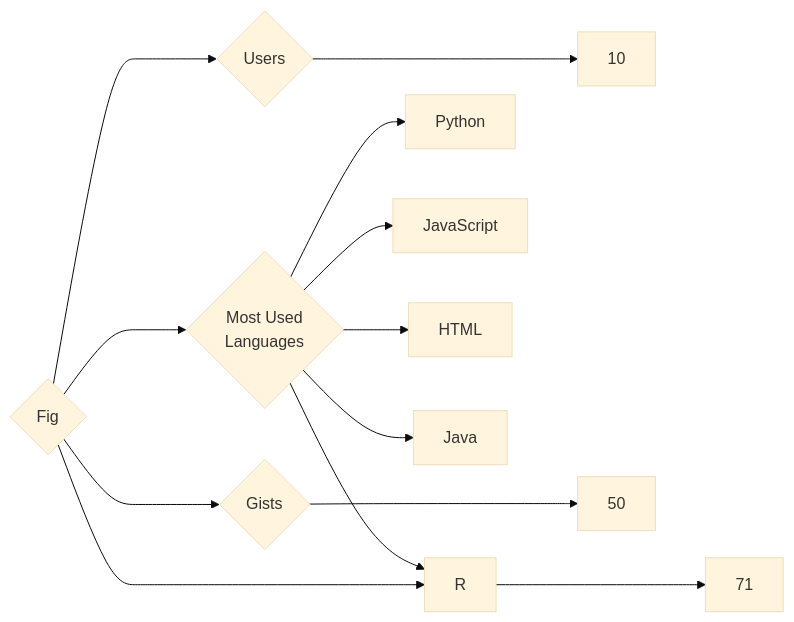
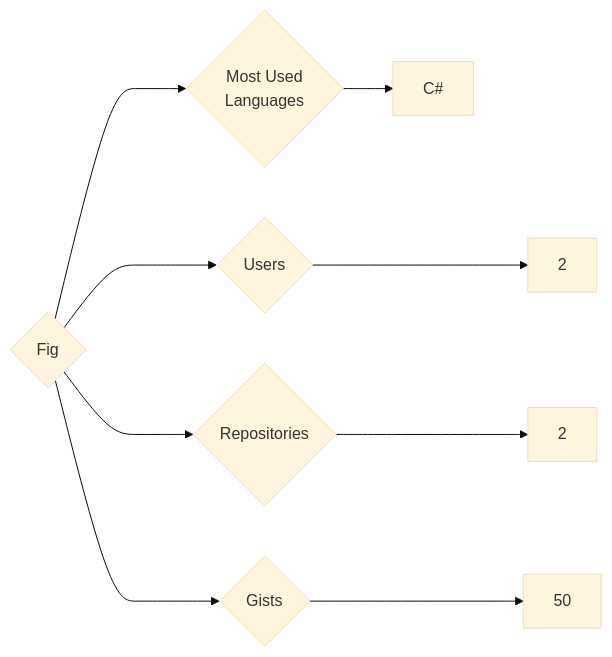
One commit to trickest/insiders changed the diagram in targets/Fig/README.md. Above: the diagram before and after it, drawn with Mermaid (base theme). The commit also changed 899 other files, not shown here.

````diff
--- a/targets/Fig/README.md
+++ b/targets/Fig/README.md
@@ -3,13 +3,9 @@
 ```mermaid
 graph LR
 COMPANY_NAME{Fig}
-COMPANY_NAME ---> U{Users} ---> UN[10]
-COMPANY_NAME ---> R{Repositories} ---> RN[71]
+COMPANY_NAME ---> U{Users} ---> UN[2]
+COMPANY_NAME ---> R{Repositories} ---> RN[2]
 COMPANY_NAME ---> G{Gists} ---> GN[50]
 COMPANY_NAME ---> ML{Most Used<br>Languages}
-ML --> Python[Python]
-ML --> JavaScript[JavaScript]
-ML --> HTML[HTML]
-ML --> Java[Java]
-ML --> R[R]
+ML --> C#[C#]
 ```
````
